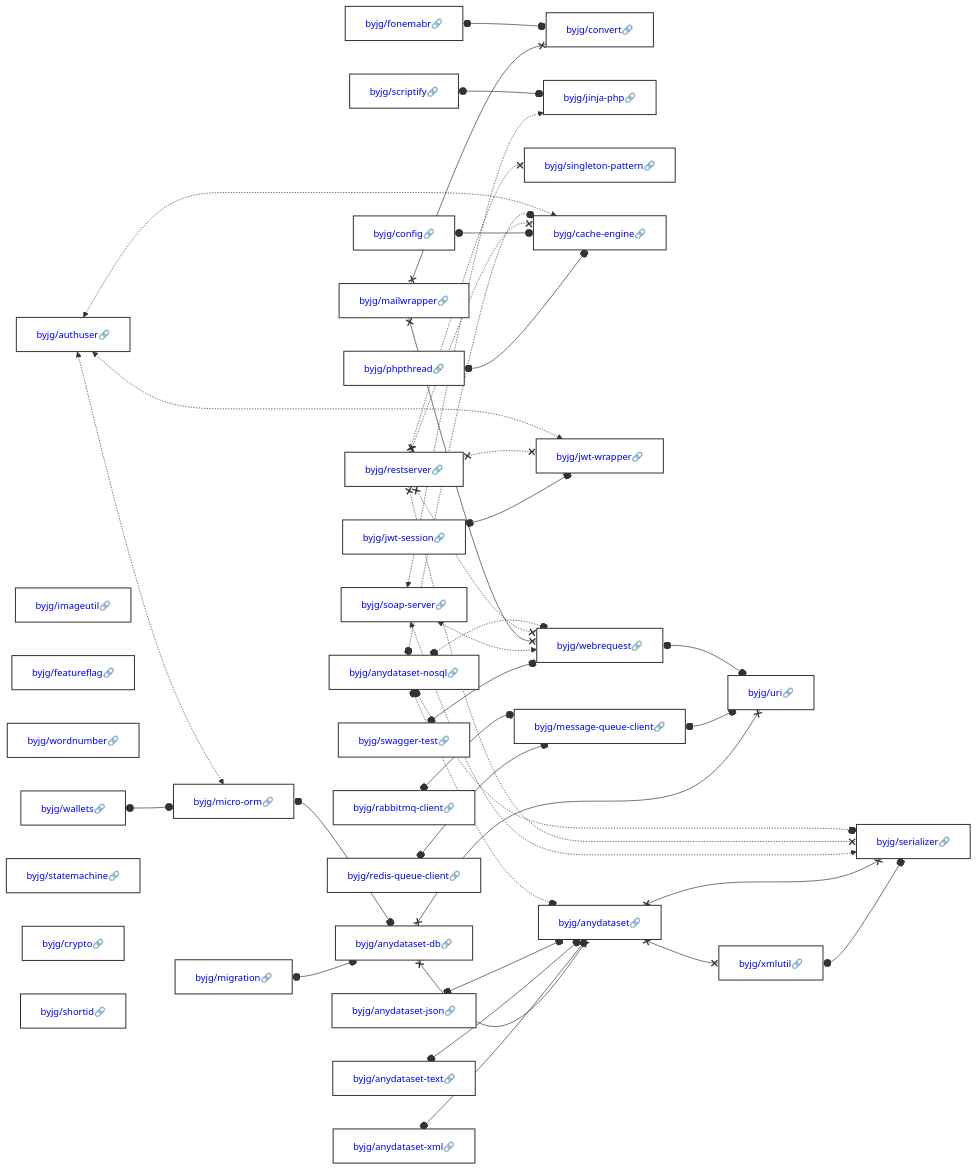
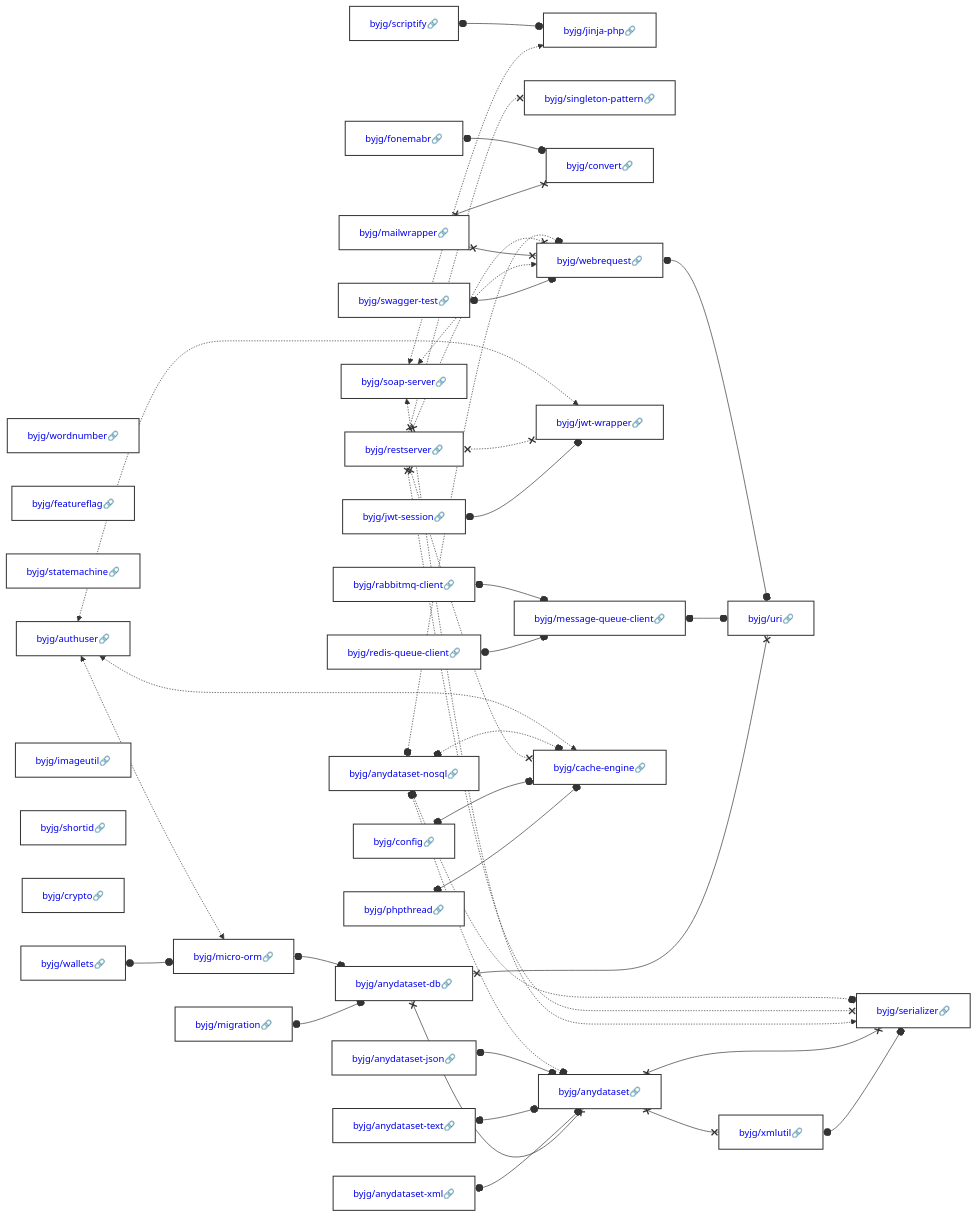
Before and after one commit to byjg/byjg.github.io: the diagram in docs/php/README.md, drawn with Mermaid. The commit also changed other lines of this file, not shown here.

Commit message:
Update documentation 'php' 'php-rest-reference-architecture'

````diff
--- a/docs/php/README.md
+++ b/docs/php/README.md
@@ -3,37 +3,37 @@
 ```mermaid
 graph LR;
+  byjg/soap-server[<a href='https://opensource.byjg.com/docs/php/soap-server' style='text-decoration:none'>byjg/soap-server🔗</a>];
+  byjg/scriptify[<a href='https://opensource.byjg.com/docs/php/scriptify' style='text-decoration:none'>byjg/scriptify🔗</a>];
+  byjg/redis-queue-client[<a href='https://opensource.byjg.com/docs/php/redis-queue-client' style='text-decoration:none'>byjg/redis-queue-client🔗</a>];
+  byjg/restserver[<a href='https://opensource.byjg.com/docs/php/restserver' style='text-decoration:none'>byjg/restserver🔗</a>];
+  byjg/anydataset-nosql[<a href='https://opensource.byjg.com/docs/php/anydataset-nosql' style='text-decoration:none'>byjg/anydataset-nosql🔗</a>];
+  byjg/anydataset-text[<a href='https://opensource.byjg.com/docs/php/anydataset-text' style='text-decoration:none'>byjg/anydataset-text🔗</a>];
+  byjg/swagger-test[<a href='https://opensource.byjg.com/docs/php/swagger-test' style='text-decoration:none'>byjg/swagger-test🔗</a>];
+  byjg/config[<a href='https://opensource.byjg.com/docs/php/config' style='text-decoration:none'>byjg/config🔗</a>];
+  byjg/fonemabr[<a href='https://opensource.byjg.com/docs/php/fonemabr' style='text-decoration:none'>byjg/fonemabr🔗</a>];
+  byjg/wordnumber[<a href='https://opensource.byjg.com/docs/php/wordnumber' style='text-decoration:none'>byjg/wordnumber🔗</a>];
+  byjg/featureflag[<a href='https://opensource.byjg.com/docs/php/featureflag' style='text-decoration:none'>byjg/featureflag🔗</a>];
+  byjg/migration[<a href='https://opensource.byjg.com/docs/php/migration' style='text-decoration:none'>byjg/migration🔗</a>];
+  byjg/statemachine[<a href='https://opensource.byjg.com/docs/php/statemachine' style='text-decoration:none'>byjg/statemachine🔗</a>];
+  byjg/mailwrapper[<a href='https://opensource.byjg.com/docs/php/mailwrapper' style='text-decoration:none'>byjg/mailwrapper🔗</a>];
+  byjg/jwt-session[<a href='https://opensource.byjg.com/docs/php/jwt-session' style='text-decoration:none'>byjg/jwt-session🔗</a>];
+  byjg/authuser[<a href='https://opensource.byjg.com/docs/php/authuser' style='text-decoration:none'>byjg/authuser🔗</a>];
+  byjg/imageutil[<a href='https://opensource.byjg.com/docs/php/imageutil' style='text-decoration:none'>byjg/imageutil🔗</a>];
+  byjg/anydataset-xml[<a href='https://opensource.byjg.com/docs/php/anydataset-xml' style='text-decoration:none'>byjg/anydataset-xml🔗</a>];
+  byjg/shortid[<a href='https://opensource.byjg.com/docs/php/shortid' style='text-decoration:none'>byjg/shortid🔗</a>];
+  byjg/crypto[<a href='https://opensource.byjg.com/docs/php/crypto' style='text-decoration:none'>byjg/crypto🔗</a>];
+  byjg/rabbitmq-client[<a href='https://opensource.byjg.com/docs/php/rabbitmq-client' style='text-decoration:none'>byjg/rabbitmq-client🔗</a>];
+  byjg/anydataset-json[<a href='https://opensource.byjg.com/docs/php/anydataset-json' style='text-decoration:none'>byjg/anydataset-json🔗</a>];
+  byjg/phpthread[<a href='https://opensource.byjg.com/docs/php/phpthread' style='text-decoration:none'>byjg/phpthread🔗</a>];
   byjg/wallets[<a href='https://opensource.byjg.com/docs/php/wallets' style='text-decoration:none'>byjg/wallets🔗</a>];
-  byjg/soap-server[<a href='https://opensource.byjg.com/docs/php/soap-server' style='text-decoration:none'>byjg/soap-server🔗</a>];
-  byjg/mailwrapper[<a href='https://opensource.byjg.com/docs/php/mailwrapper' style='text-decoration:none'>byjg/mailwrapper🔗</a>];
-  byjg/imageutil[<a href='https://opensource.byjg.com/docs/php/imageutil' style='text-decoration:none'>byjg/imageutil🔗</a>];
-  byjg/fonemabr[<a href='https://opensource.byjg.com/docs/php/fonemabr' style='text-decoration:none'>byjg/fonemabr🔗</a>];
-  byjg/phpthread[<a href='https://opensource.byjg.com/docs/php/phpthread' style='text-decoration:none'>byjg/phpthread🔗</a>];
-  byjg/rabbitmq-client[<a href='https://opensource.byjg.com/docs/php/rabbitmq-client' style='text-decoration:none'>byjg/rabbitmq-client🔗</a>];
-  byjg/featureflag[<a href='https://opensource.byjg.com/docs/php/featureflag' style='text-decoration:none'>byjg/featureflag🔗</a>];
-  byjg/scriptify[<a href='https://opensource.byjg.com/docs/php/scriptify' style='text-decoration:none'>byjg/scriptify🔗</a>];
-  byjg/wordnumber[<a href='https://opensource.byjg.com/docs/php/wordnumber' style='text-decoration:none'>byjg/wordnumber🔗</a>];
-  byjg/anydataset-text[<a href='https://opensource.byjg.com/docs/php/anydataset-text' style='text-decoration:none'>byjg/anydataset-text🔗</a>];
-  byjg/migration[<a href='https://opensource.byjg.com/docs/php/migration' style='text-decoration:none'>byjg/migration🔗</a>];
-  byjg/anydataset-json[<a href='https://opensource.byjg.com/docs/php/anydataset-json' style='text-decoration:none'>byjg/anydataset-json🔗</a>];
-  byjg/jwt-session[<a href='https://opensource.byjg.com/docs/php/jwt-session' style='text-decoration:none'>byjg/jwt-session🔗</a>];
-  byjg/config[<a href='https://opensource.byjg.com/docs/php/config' style='text-decoration:none'>byjg/config🔗</a>];
-  byjg/anydataset-xml[<a href='https://opensource.byjg.com/docs/php/anydataset-xml' style='text-decoration:none'>byjg/anydataset-xml🔗</a>];
-  byjg/authuser[<a href='https://opensource.byjg.com/docs/php/authuser' style='text-decoration:none'>byjg/authuser🔗</a>];
-  byjg/anydataset-nosql[<a href='https://opensource.byjg.com/docs/php/anydataset-nosql' style='text-decoration:none'>byjg/anydataset-nosql🔗</a>];
-  byjg/statemachine[<a href='https://opensource.byjg.com/docs/php/statemachine' style='text-decoration:none'>byjg/statemachine🔗</a>];
-  byjg/restserver[<a href='https://opensource.byjg.com/docs/php/restserver' style='text-decoration:none'>byjg/restserver🔗</a>];
-  byjg/crypto[<a href='https://opensource.byjg.com/docs/php/crypto' style='text-decoration:none'>byjg/crypto🔗</a>];
-  byjg/redis-queue-client[<a href='https://opensource.byjg.com/docs/php/redis-queue-client' style='text-decoration:none'>byjg/redis-queue-client🔗</a>];
-  byjg/swagger-test[<a href='https://opensource.byjg.com/docs/php/swagger-test' style='text-decoration:none'>byjg/swagger-test🔗</a>];
-  byjg/shortid[<a href='https://opensource.byjg.com/docs/php/shortid' style='text-decoration:none'>byjg/shortid🔗</a>];
+  byjg/jinja-php[<a href='https://opensource.byjg.com/docs/php/jinja-php' style='text-decoration:none'>byjg/jinja-php🔗</a>];
+  byjg/singleton-pattern[<a href='https://opensource.byjg.com/docs/php/singleton-pattern' style='text-decoration:none'>byjg/singleton-pattern🔗</a>];
   byjg/convert[<a href='https://opensource.byjg.com/docs/php/convert' style='text-decoration:none'>byjg/convert🔗</a>];
-  byjg/jinja-php[<a href='https://opensource.byjg.com/docs/php/jinja-php' style='text-decoration:none'>byjg/jinja-php🔗</a>];
-  byjg/micro-orm[<a href='https://opensource.byjg.com/docs/php/micro-orm' style='text-decoration:none'>byjg/micro-orm🔗</a>];
-  byjg/singleton-pattern[<a href='https://opensource.byjg.com/docs/php/singleton-pattern' style='text-decoration:none'>byjg/singleton-pattern🔗</a>];
-  byjg/cache-engine[<a href='https://opensource.byjg.com/docs/php/cache-engine' style='text-decoration:none'>byjg/cache-engine🔗</a>];
+  byjg/webrequest[<a href='https://opensource.byjg.com/docs/php/webrequest' style='text-decoration:none'>byjg/webrequest🔗</a>];
   byjg/jwt-wrapper[<a href='https://opensource.byjg.com/docs/php/jwt-wrapper' style='text-decoration:none'>byjg/jwt-wrapper🔗</a>];
   byjg/message-queue-client[<a href='https://opensource.byjg.com/docs/php/message-queue-client' style='text-decoration:none'>byjg/message-queue-client🔗</a>];
-  byjg/webrequest[<a href='https://opensource.byjg.com/docs/php/webrequest' style='text-decoration:none'>byjg/webrequest🔗</a>];
+  byjg/cache-engine[<a href='https://opensource.byjg.com/docs/php/cache-engine' style='text-decoration:none'>byjg/cache-engine🔗</a>];
+  byjg/micro-orm[<a href='https://opensource.byjg.com/docs/php/micro-orm' style='text-decoration:none'>byjg/micro-orm🔗</a>];
   byjg/anydataset-db[<a href='https://opensource.byjg.com/docs/php/anydataset-db' style='text-decoration:none'>byjg/anydataset-db🔗</a>];
   byjg/anydataset[<a href='https://opensource.byjg.com/docs/php/anydataset' style='text-decoration:none'>byjg/anydataset🔗</a>];
   byjg/uri[<a href='https://opensource.byjg.com/docs/php/uri' style='text-decoration:none'>byjg/uri🔗</a>];
````
